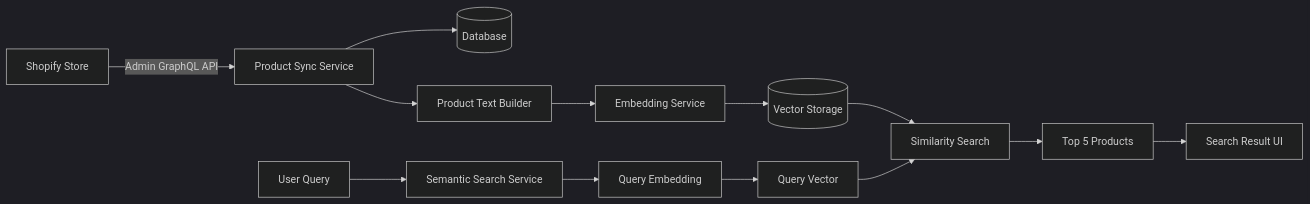
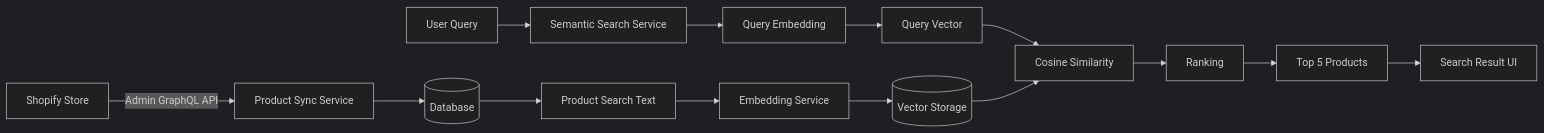
The diagram in README.md (PhmVu102/Shopify), drawn with Mermaid (dark theme) before and after one commit. The commit also changed other lines of this file, not shown here.

````diff
--- a/README.md
+++ b/README.md
@@ -292,28 +786,31 @@
 ```mermaid
 flowchart LR
+
     A[Shopify Store]
 
     A -->|Admin GraphQL API| B[Product Sync Service]
 
     B --> C[(Database)]
 
-    B --> D[Product Text Builder]
+    C --> D[Product Search Text]
 
     D --> E[Embedding Service]
 
     E --> F[(Vector Storage)]
 
     G[User Query] --> H[Semantic Search Service]
 
     H --> I[Query Embedding]
 
     I --> J[Query Vector]
 
-    J --> K[Similarity Search]
+    J --> K[Cosine Similarity]
 
     F --> K
 
-    K --> L[Top 5 Products]
+    K --> L[Ranking]
 
-    L --> M[Search Result UI]
+    L --> M[Top 5 Products]
+
+    M --> N[Search Result UI]
 ```
````
